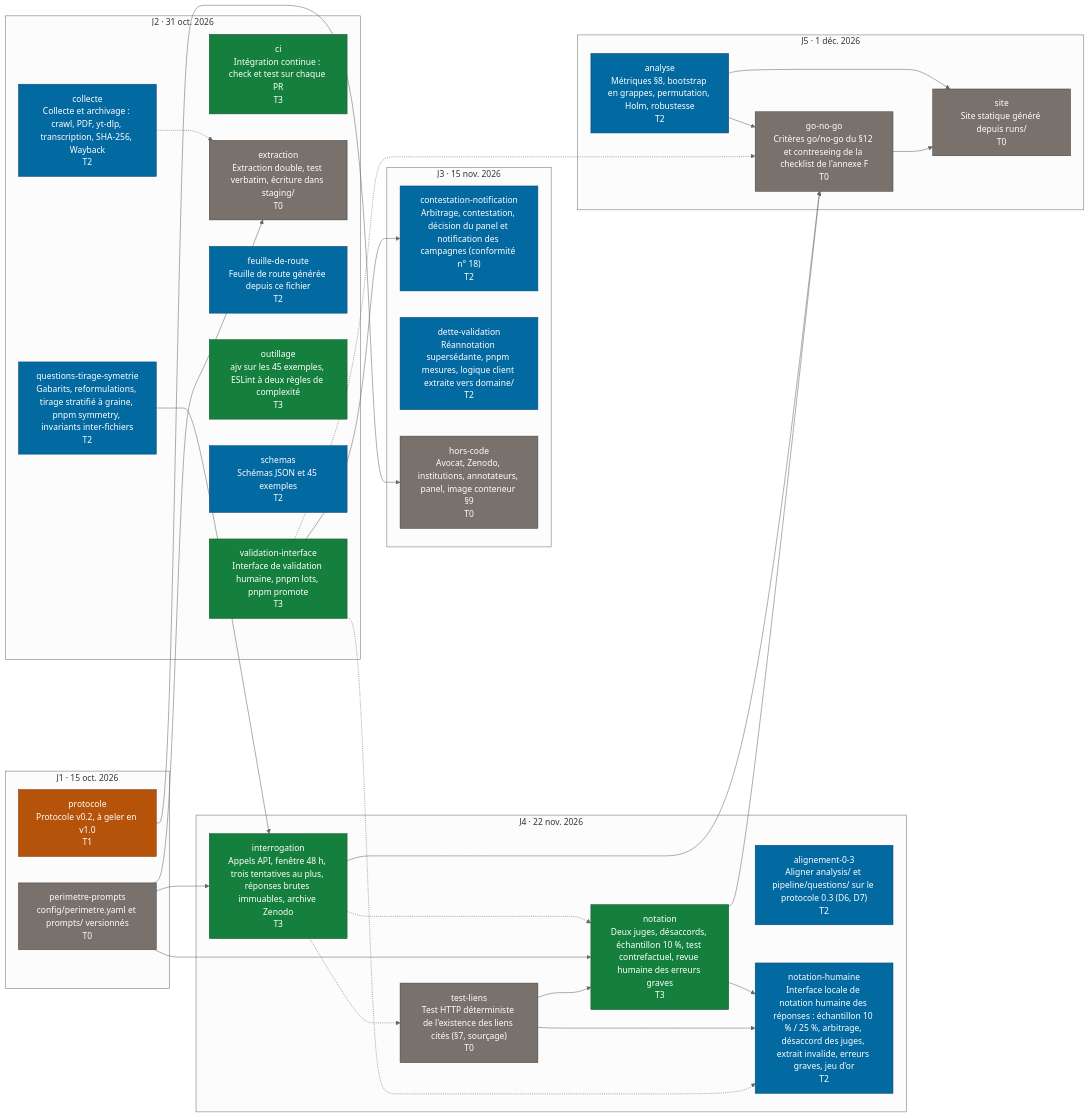
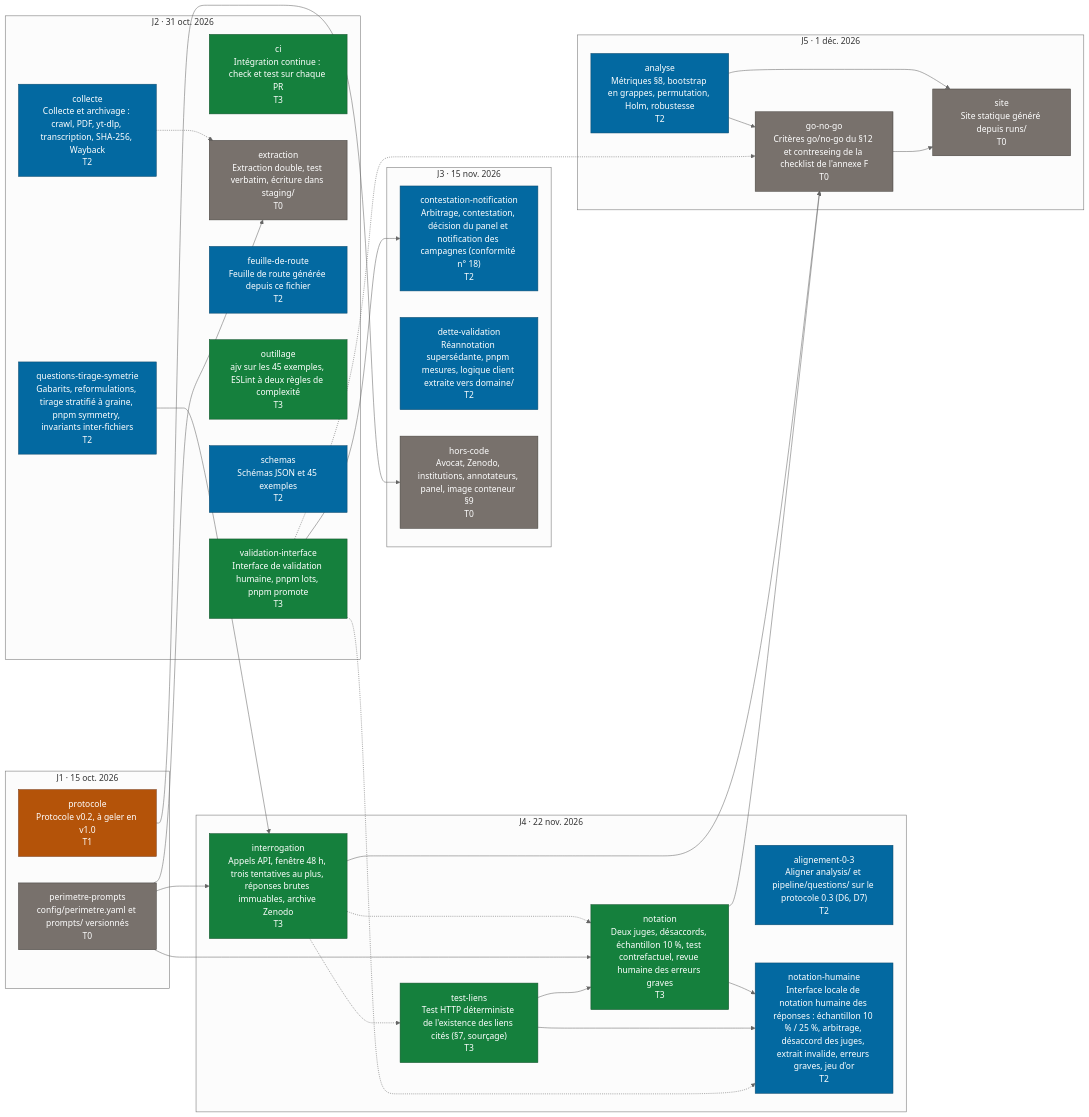
The diagram in docs/FEUILLE-DE-ROUTE.md (AzurNow/DEMOCRACIE_2027), drawn with Mermaid (neutral theme) before and after one commit. The commit also changed other lines of this file and 2 other files, not shown here.

First line of the commit message:
docs : décision D24 (go/no-go du §12), lot go-no-go lançable

````diff
--- a/docs/FEUILLE-DE-ROUTE.md
+++ b/docs/FEUILLE-DE-ROUTE.md
@@ -107,59 +111,59 @@
 ```mermaid
 flowchart LR
   subgraph jalon_J1["J1 · 15 oct. 2026"]
     lot_perimetre_prompts["perimetre-prompts<br/>config/perimetre.yaml et prompts/ versionnés<br/>T0"]:::T0
     lot_protocole["protocole<br/>Protocole v0.2, à geler en v1.0<br/>T1"]:::T1
   end
   subgraph jalon_J2["J2 · 31 oct. 2026"]
     lot_ci["ci<br/>Intégration continue : check et test sur chaque PR<br/>T3"]:::T3
     lot_collecte["collecte<br/>Collecte et archivage : crawl, PDF, yt-dlp, transcription, SHA-256, Wayback<br/>T2"]:::T2
     lot_extraction["extraction<br/>Extraction double, test verbatim, écriture dans staging/<br/>T0"]:::T0
     lot_feuille_de_route["feuille-de-route<br/>Feuille de route générée depuis ce fichier<br/>T2"]:::T2
     lot_outillage["outillage<br/>ajv sur les 45 exemples, ESLint à deux règles de complexité<br/>T3"]:::T3
     lot_questions_tirage_symetrie["questions-tirage-symetrie<br/>Gabarits, reformulations, tirage stratifié à graine, pnpm symmetry, invariants inter-fichiers<br/>T2"]:::T2
     lot_schemas["schemas<br/>Schémas JSON et 45 exemples<br/>T2"]:::T2
     lot_validation_interface["validation-interface<br/>Interface de validation humaine, pnpm lots, pnpm promote<br/>T3"]:::T3
   end
   subgraph jalon_J3["J3 · 15 nov. 2026"]
     lot_contestation_notification["contestation-notification<br/>Arbitrage, contestation, décision du panel et notification des campagnes (conformité n° 18)<br/>T2"]:::T2
     lot_dette_validation["dette-validation<br/>Réannotation supersédante, pnpm mesures, logique client extraite vers domaine/<br/>T2"]:::T2
     lot_hors_code["hors-code<br/>Avocat, Zenodo, institutions, annotateurs, panel, image conteneur §9<br/>T0"]:::T0
   end
   subgraph jalon_J4["J4 · 22 nov. 2026"]
     lot_alignement_0_3["alignement-0-3<br/>Aligner analysis/ et pipeline/questions/ sur le protocole 0.3 (D6, D7)<br/>T2"]:::T2
     lot_interrogation["interrogation<br/>Appels API, fenêtre 48 h, trois tentatives au plus, réponses brutes immuables, archive Zenodo<br/>T3"]:::T3
     lot_notation["notation<br/>Deux juges, désaccords, échantillon 10 %, test contrefactuel, revue humaine des erreurs graves<br/>T3"]:::T3
     lot_notation_humaine["notation-humaine<br/>Interface locale de notation humaine des réponses : échantillon 10 % / 25 %, arbitrage, désaccord des juges, extrait invalide, erreurs graves, jeu d'or<br/>T2"]:::T2
-    lot_test_liens["test-liens<br/>Test HTTP déterministe de l'existence des liens cités (§7, sourçage)<br/>T0"]:::T0
+    lot_test_liens["test-liens<br/>Test HTTP déterministe de l'existence des liens cités (§7, sourçage)<br/>T3"]:::T3
   end
   subgraph jalon_J5["J5 · 1 déc. 2026"]
     lot_analyse["analyse<br/>Métriques §8, bootstrap en grappes, permutation, Holm, robustesse<br/>T2"]:::T2
     lot_go_no_go["go-no-go<br/>Critères go/no-go du §12 et contreseing de la checklist de l'annexe F<br/>T0"]:::T0
     lot_site["site<br/>Site statique généré depuis runs/<br/>T0"]:::T0
   end
   lot_validation_interface --> lot_contestation_notification
   lot_collecte -.-> lot_extraction
   lot_perimetre_prompts --> lot_extraction
   lot_analyse --> lot_go_no_go
   lot_interrogation --> lot_go_no_go
   lot_notation --> lot_go_no_go
   lot_validation_interface -.-> lot_go_no_go
   lot_protocole --> lot_hors_code
   lot_perimetre_prompts --> lot_interrogation
   lot_questions_tirage_symetrie --> lot_interrogation
   lot_interrogation -.-> lot_notation
   lot_perimetre_prompts --> lot_notation
   lot_test_liens --> lot_notation
   lot_notation --> lot_notation_humaine
   lot_test_liens --> lot_notation_humaine
   lot_validation_interface -.-> lot_notation_humaine
   lot_analyse --> lot_site
   lot_go_no_go --> lot_site
   lot_interrogation -.-> lot_test_liens
   classDef T0 fill:#78716c,color:#ffffff,stroke:#44403c
   classDef T1 fill:#b45309,color:#ffffff,stroke:#78350f
   classDef T2 fill:#0369a1,color:#ffffff,stroke:#0c4a6e
   classDef T3 fill:#15803d,color:#ffffff,stroke:#14532d
   classDef T4 fill:#1d4ed8,color:#ffffff,stroke:#1e3a8a
   classDef decision fill:#b91c1c,color:#ffffff,stroke:#7f1d1d
 ```
````
